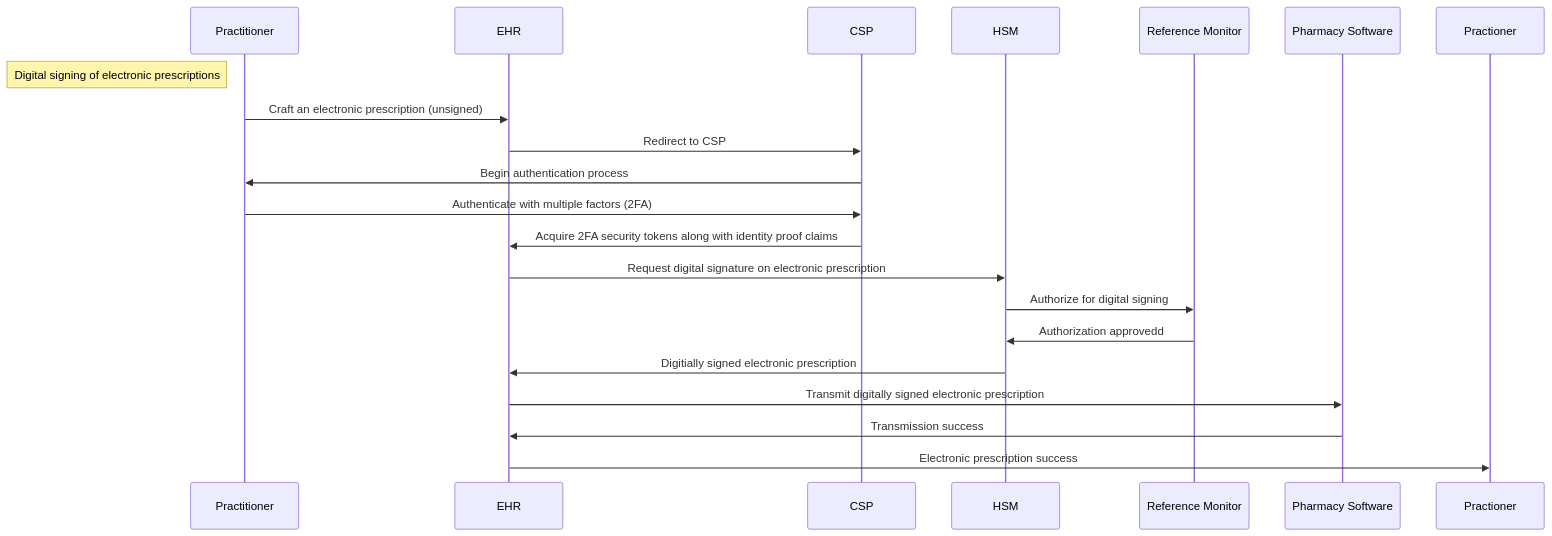
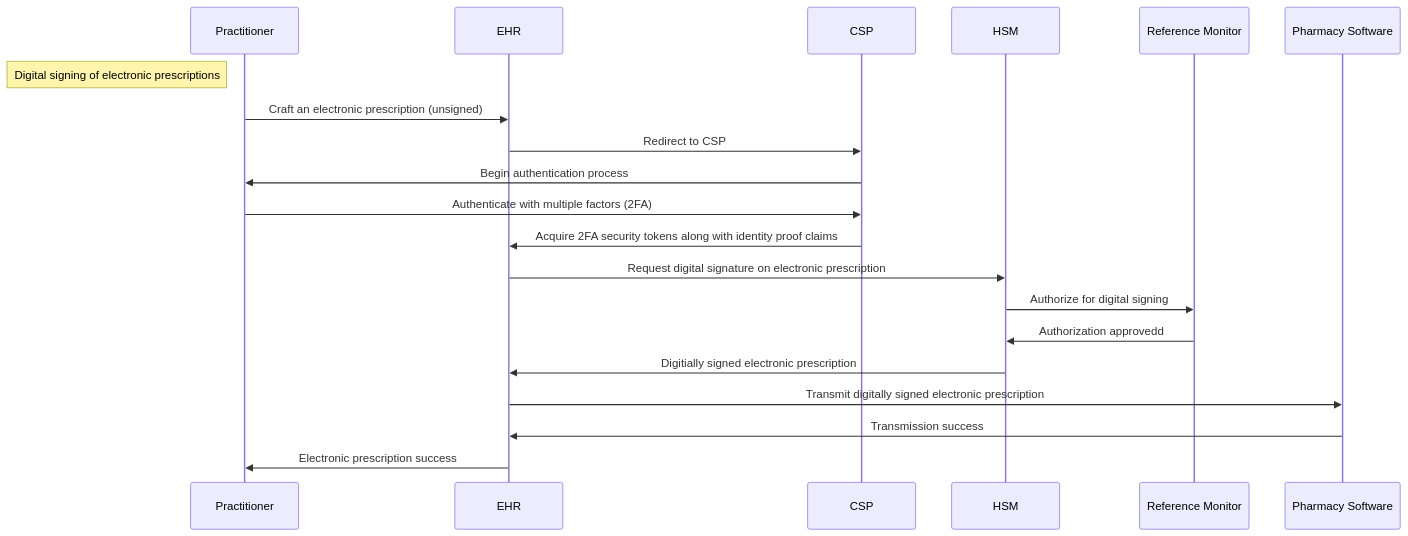
Before and after one commit to joshuanario/pepepages: the second of 2 diagrams in public/epcs.md, drawn with Mermaid.

Commit message:
fix spelling

````diff
--- a/public/epcs.md
+++ b/public/epcs.md
@@ -46,16 +46,16 @@
 ```mermaid
 sequenceDiagram
     Note left of Practitioner: Digital signing of electronic prescriptions
     Practitioner->>EHR: Craft an electronic prescription (unsigned)
     EHR->>CSP: Redirect to CSP
     CSP->>Practitioner: Begin authentication process
     Practitioner->>CSP: Authenticate with multiple factors (2FA)
     CSP->>EHR: Acquire 2FA security tokens along with identity proof claims
     EHR->>HSM: Request digital signature on electronic prescription
     HSM->>Reference Monitor: Authorize for digital signing
     Reference Monitor->>HSM: Authorization approvedd
     HSM->>EHR: Digitially signed electronic prescription
     EHR->>Pharmacy Software: Transmit digitally signed electronic prescription
     Pharmacy Software->>EHR: Transmission success
-    EHR->>Practioner: Electronic prescription success
+    EHR->>Practitioner: Electronic prescription success
 ```
````
